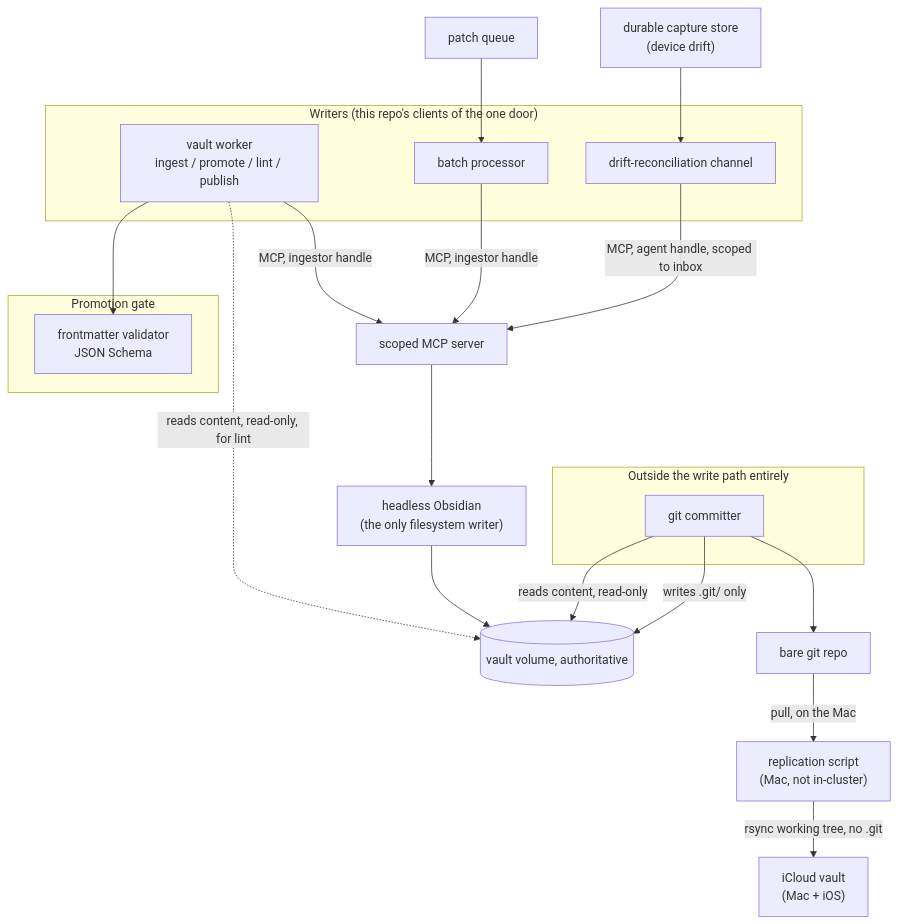
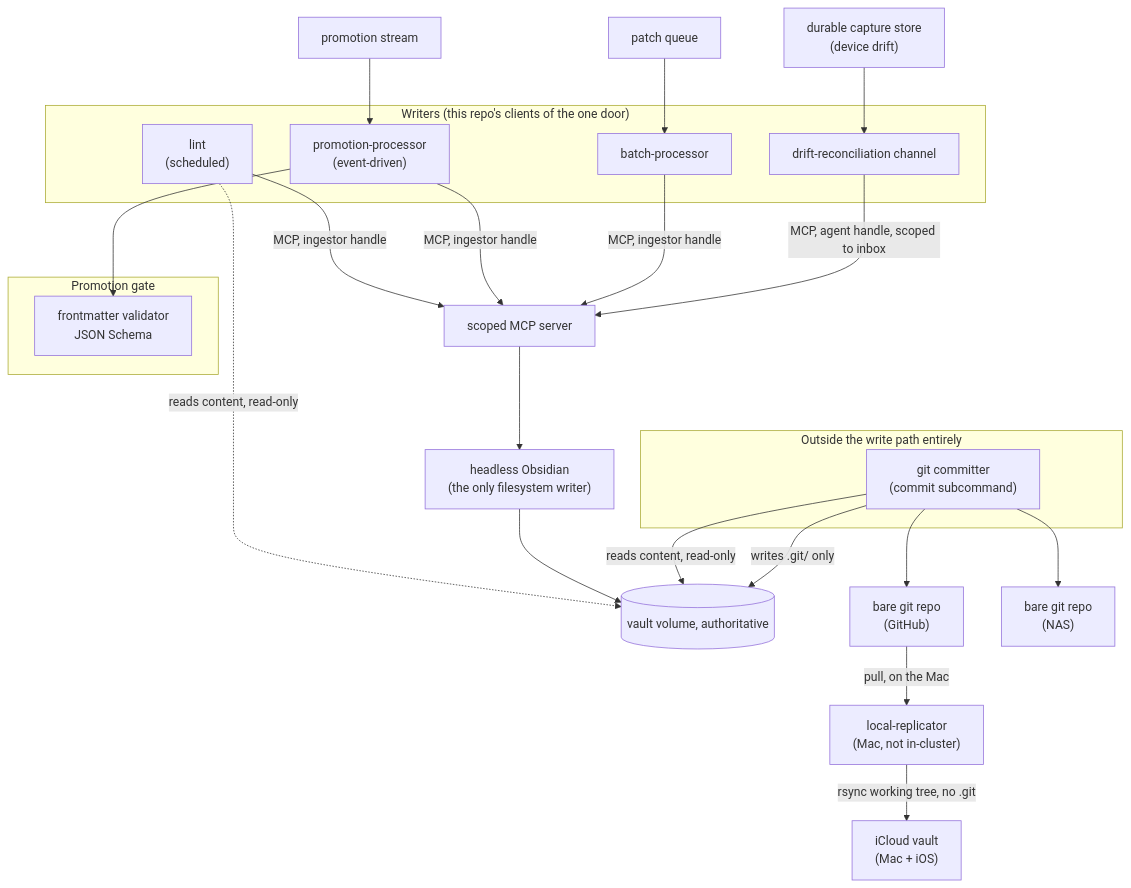
Before and after one commit to ppat/obsidian-tools: the diagram in DESIGN.md, drawn with Mermaid. The commit also changed other lines of this file and 33 other files, not shown here.

Commit message:
feat(committer): add CLI entry point and the commit subcommand (#22)

````diff
--- a/DESIGN.md
+++ b/DESIGN.md
@@ -65,35 +77,39 @@
 ```mermaid
 flowchart TB
     subgraph writers["Writers (this repo's clients of the one door)"]
-        VaultWorker["vault worker\ningest / promote / lint / publish"]
-        Processor["batch processor"]
+        Lint["lint\n(scheduled)"]
+        Promotion["promotion-processor\n(event-driven)"]
+        Batch["batch-processor"]
         DriftChannel["drift-reconciliation channel"]
     end
 
     subgraph gate["Promotion gate"]
         Validator["frontmatter validator\nJSON Schema"]
     end
 
-    Queue["patch queue"] --> Processor
+    PatchQueue["patch queue"] --> Batch
+    PromotionStream["promotion stream"] --> Promotion
     Capture["durable capture store\n(device drift)"] --> DriftChannel
 
-    VaultWorker -->|"MCP, ingestor handle"| MCP["scoped MCP server"]
-    Processor -->|"MCP, ingestor handle"| MCP
+    Lint -->|"MCP, ingestor handle"| MCP["scoped MCP server"]
+    Promotion -->|"MCP, ingestor handle"| MCP
+    Batch -->|"MCP, ingestor handle"| MCP
     DriftChannel -->|"MCP, agent handle, scoped to inbox"| MCP
 
-    VaultWorker -.->|"reads content, read-only, for lint"| Volume
-    VaultWorker --> Validator
+    Lint -.->|"reads content, read-only"| Volume
+    Promotion --> Validator
 
     MCP --> Obsidian["headless Obsidian\n(the only filesystem writer)"]
     Obsidian --> Volume[("vault volume, authoritative")]
 
     subgraph committer_box["Outside the write path entirely"]
-        Committer["git committer"]
+        Committer["git committer\n(commit subcommand)"]
     end
     Committer -->|"reads content, read-only"| Volume
     Committer -->|"writes .git/ only"| Volume
-    Committer --> BareRepo["bare git repo"]
+    Committer --> GitHubRepo["bare git repo\n(GitHub)"]
+    Committer --> NasRepo["bare git repo\n(NAS)"]
 
-    BareRepo -->|"pull, on the Mac"| Replication["replication script\n(Mac, not in-cluster)"]
+    GitHubRepo -->|"pull, on the Mac"| Replication["local-replicator\n(Mac, not in-cluster)"]
     Replication -->|"rsync working tree, no .git"| ICloud["iCloud vault\n(Mac + iOS)"]
 ```
````
